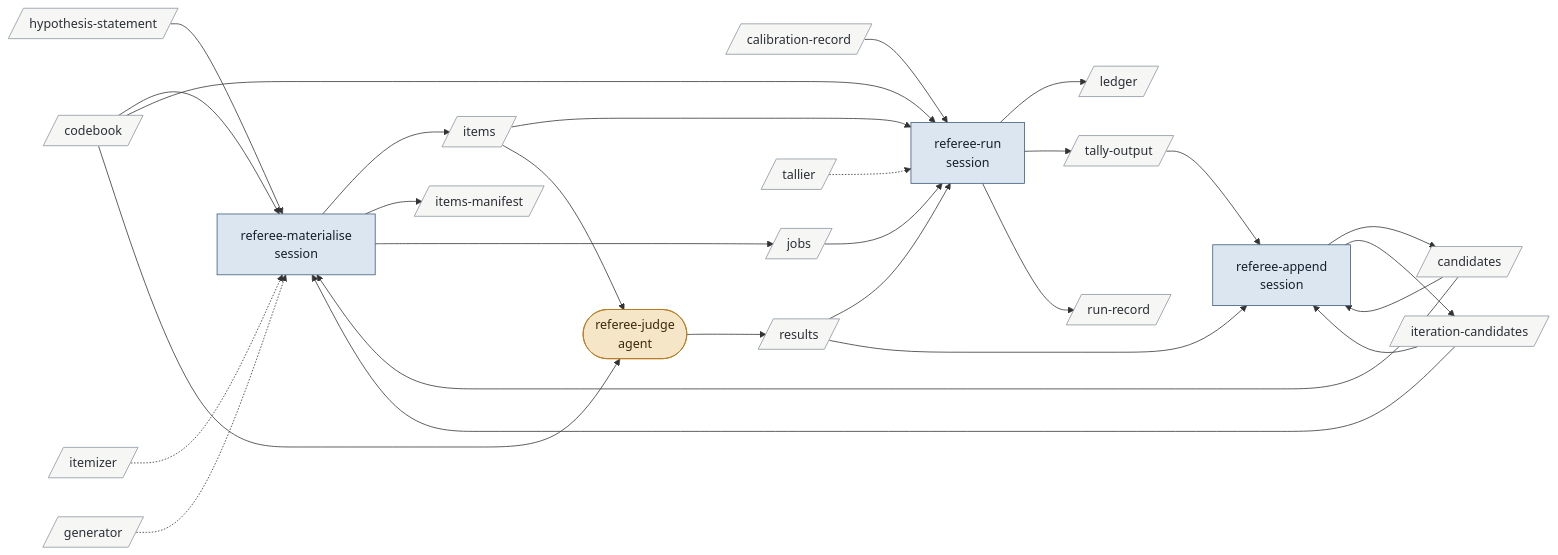
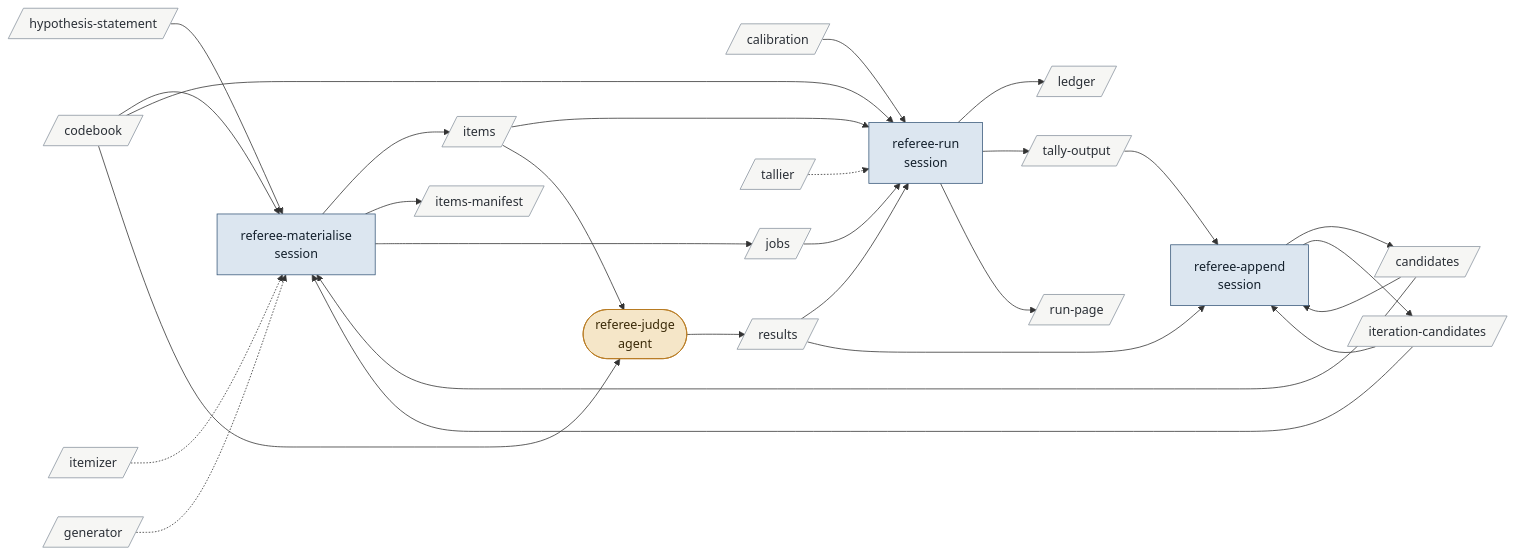
The sixth of 15 diagrams in .claude/skills/v3-buildout-2/map.md (bc414/StoryPlanner), drawn with Mermaid before and after one commit. The commit also changed other lines of this file and 32 other files, not shown here.

````diff
--- a/.claude/skills/v3-buildout-2/map.md
+++ b/.claude/skills/v3-buildout-2/map.md
@@ -189,56 +189,56 @@
 ```mermaid
 flowchart LR
   classDef hitl fill:#e9d8e4,stroke:#7a3e6d,color:#2b1a27
   classDef session fill:#dce6f0,stroke:#3b5b7c,color:#14202c
   classDef agent fill:#f5e6c8,stroke:#b7791f,color:#3a2a08
   classDef artifact fill:#f6f6f4,stroke:#8a94a0,color:#2a2f36
   classDef activity fill:#dcebdd,stroke:#4b7f52,color:#122816
   classDef terminus fill:#e4e4ea,stroke:#5b5b7a,color:#1c1c2c
   refereematerialise["referee-materialise<br/>session"]:::session
   refereerun["referee-run<br/>session"]:::session
   refereejudge(["referee-judge<br/>agent"]):::agent
   refereeappend["referee-append<br/>session"]:::session
-  calibrationrecord[/"calibration-record"/]:::artifact
+  calibration[/"calibration"/]:::artifact
   candidates[/"candidates"/]:::artifact
   codebook[/"codebook"/]:::artifact
   generator[/"generator"/]:::artifact
   hypothesisstatement[/"hypothesis-statement"/]:::artifact
   itemizer[/"itemizer"/]:::artifact
   items[/"items"/]:::artifact
   itemsmanifest[/"items-manifest"/]:::artifact
   iterationcandidates[/"iteration-candidates"/]:::artifact
   jobs[/"jobs"/]:::artifact
   ledger[/"ledger"/]:::artifact
   results[/"results"/]:::artifact
-  runrecord[/"run-record"/]:::artifact
+  runpage[/"run-page"/]:::artifact
   tallier[/"tallier"/]:::artifact
   tallyoutput[/"tally-output"/]:::artifact
 
   hypothesisstatement --> refereematerialise
   candidates --> refereematerialise
   iterationcandidates --> refereematerialise
   codebook --> refereematerialise
   itemizer -.-> refereematerialise
   generator -.-> refereematerialise
   refereematerialise --> items
   refereematerialise --> itemsmanifest
   refereematerialise --> jobs
   jobs --> refereerun
   codebook --> refereerun
-  calibrationrecord --> refereerun
+  calibration --> refereerun
   items --> refereerun
   results --> refereerun
   tallier -.-> refereerun
   refereerun --> ledger
   refereerun --> tallyoutput
-  refereerun --> runrecord
+  refereerun --> runpage
   codebook --> refereejudge
   items --> refereejudge
   refereejudge --> results
   results --> refereeappend
   tallyoutput --> refereeappend
   candidates --> refereeappend
   iterationcandidates --> refereeappend
   refereeappend --> candidates
   refereeappend --> iterationcandidates
 ```
````
